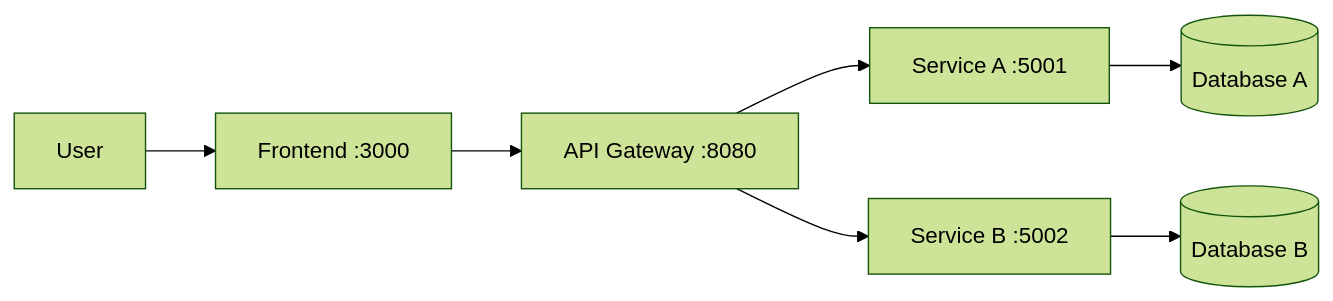
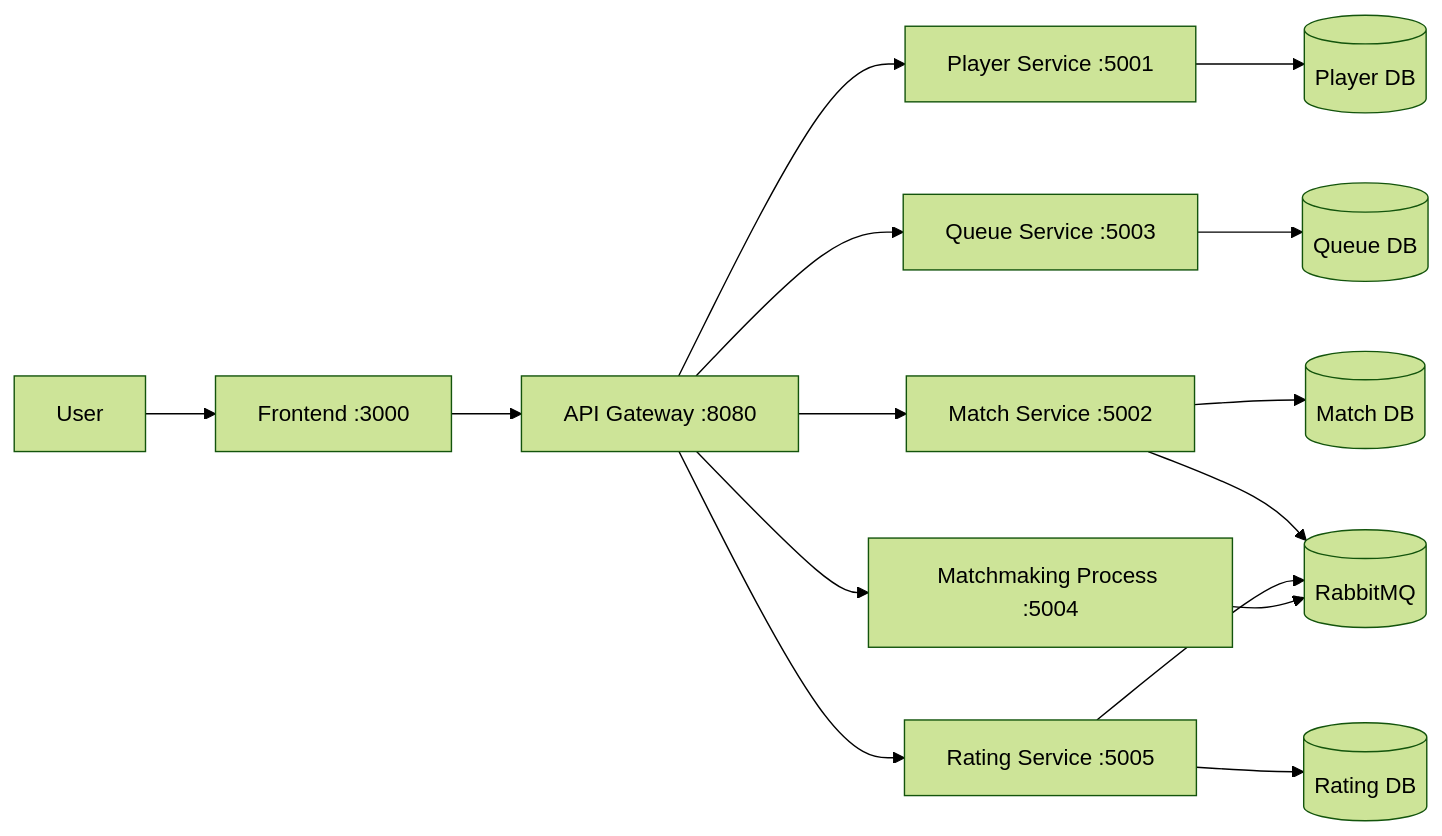
The diagram in README.md (dpbL5/glicko2-matchmaking-system), drawn with Mermaid (forest theme) before and after one commit. The commit also changed other lines of this file and 5 other files, not shown here.

````diff
--- a/README.md
+++ b/README.md
@@ -31,9 +29,19 @@
 ```mermaid
 graph LR
     U[User] --> FE[Frontend :3000]
     FE --> GW[API Gateway :8080]
-    GW --> SA[Service A :5001]
-    GW --> SB[Service B :5002]
-    SA --> DB1[(Database A)]
-    SB --> DB2[(Database B)]
+    GW --> PS[Player Service :5001]
+    GW --> QS[Queue Service :5003]
+    GW --> MS[Match Service :5002]
+    GW --> RS[Rating Service :5005]
+    GW --> MPS[Matchmaking Process :5004]
+    
+    MPS --> RB[(RabbitMQ)]
+    RS --> RB
+    MS --> RB
+    
+    PS --> PDB[(Player DB)]
+    QS --> QDB[(Queue DB)]
+    MS --> MDB[(Match DB)]
+    RS --> RDB[(Rating DB)]
 ```
````
